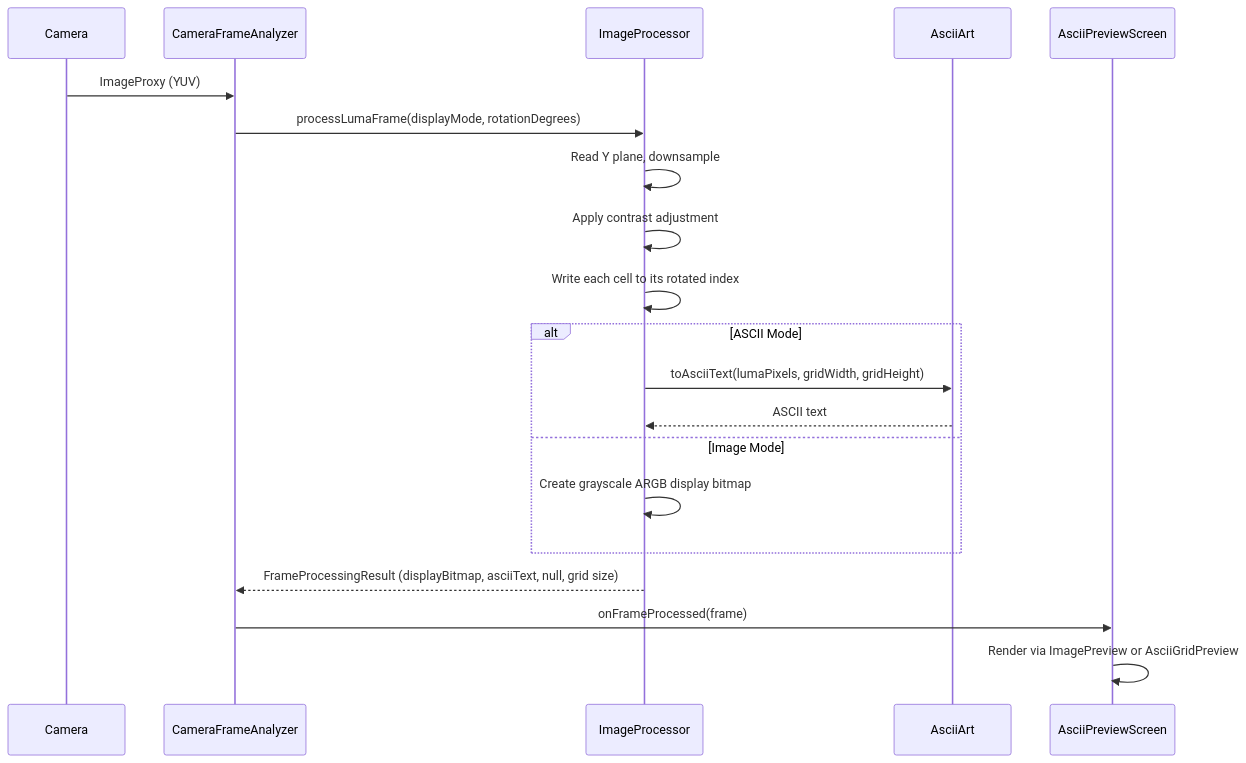
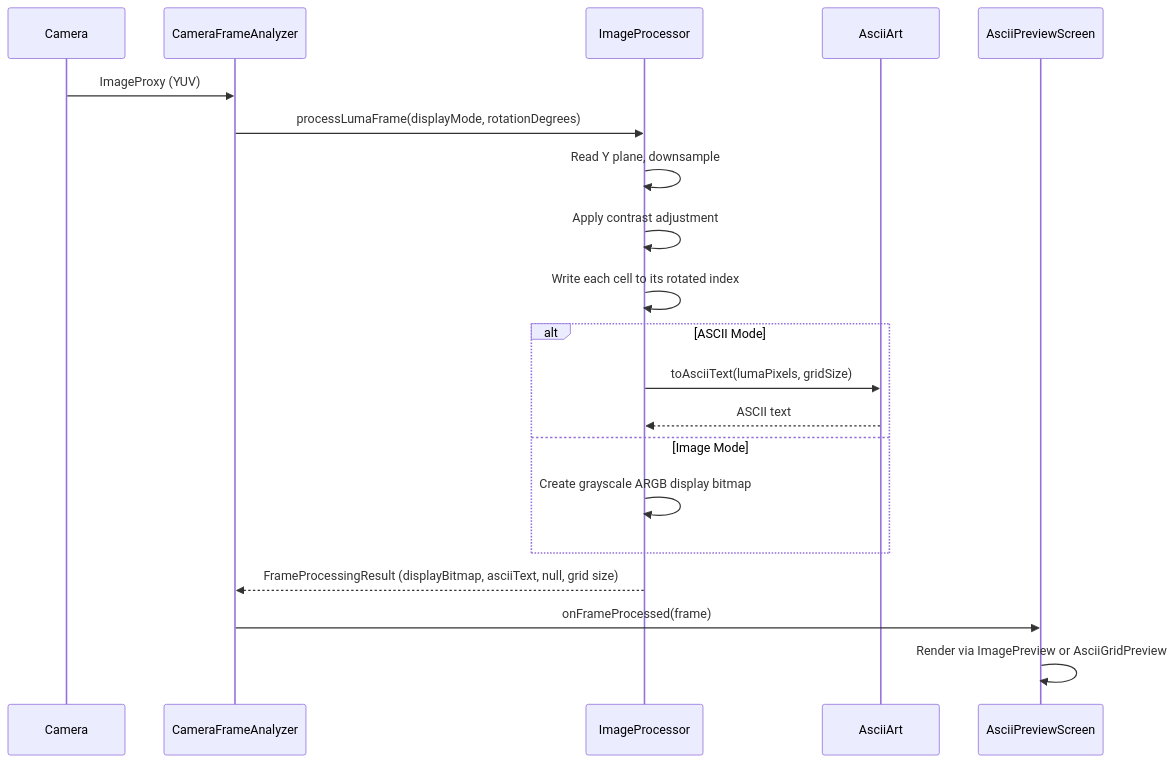
One commit to replicant1/AsciiArt changed the diagram in docs/sequence-grayscale.mmd. Above: the diagram before and after it, drawn with Mermaid. The commit also changed 8 other files, not shown here.

First line of the commit message:
Document PixelGrid, PixelBuffer and GridSize

```diff
--- a/docs/sequence-grayscale.mmd
+++ b/docs/sequence-grayscale.mmd
@@ -1,21 +1,21 @@
 sequenceDiagram
     participant Camera
     participant CFA as CameraFrameAnalyzer
     participant IP as ImageProcessor
     participant AA as AsciiArt
     participant UI as AsciiPreviewScreen
 
     Camera->>CFA: ImageProxy (YUV)
     CFA->>IP: processLumaFrame(displayMode, rotationDegrees)
     IP->>IP: Read Y plane, downsample
     IP->>IP: Apply contrast adjustment
     IP->>IP: Write each cell to its rotated index
     alt ASCII Mode
-        IP->>AA: toAsciiText(lumaPixels, gridWidth, gridHeight)
+        IP->>AA: toAsciiText(lumaPixels, gridSize)
         AA-->>IP: ASCII text
     else Image Mode
         IP->>IP: Create grayscale ARGB display bitmap
     end
     IP-->>CFA: FrameProcessingResult (displayBitmap, asciiText, null, grid size)
     CFA->>UI: onFrameProcessed(frame)
     UI->>UI: Render via ImagePreview or AsciiGridPreview
```
